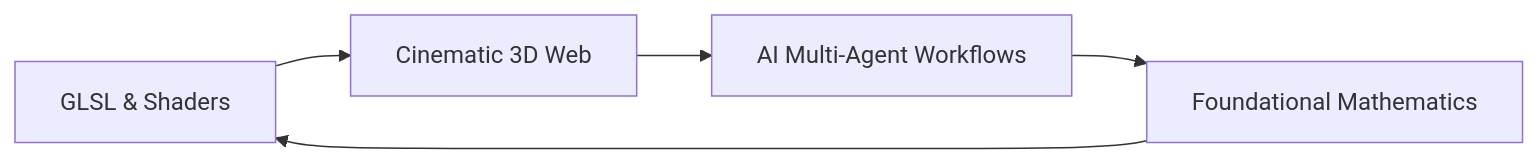
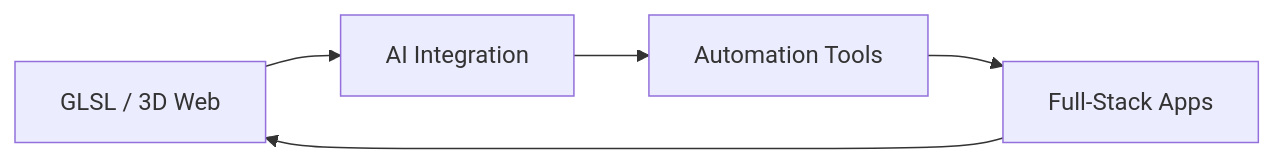
Before and after one commit to void032/void032: the diagram in README.md, drawn with Mermaid. The commit also changed other lines of this file, not shown here.

````diff
--- a/README.md
+++ b/README.md
@@ -169,7 +241,7 @@
 ```mermaid
 graph LR
-    A[GLSL & Shaders] --> B[Cinematic 3D Web]
-    B --> C[AI Multi-Agent Workflows]
-    C --> D[Foundational Mathematics]
+    A[GLSL / 3D Web] --> B[AI Integration]
+    B --> C[Automation Tools]
+    C --> D[Full-Stack Apps]
     D --> A
 ```
````
